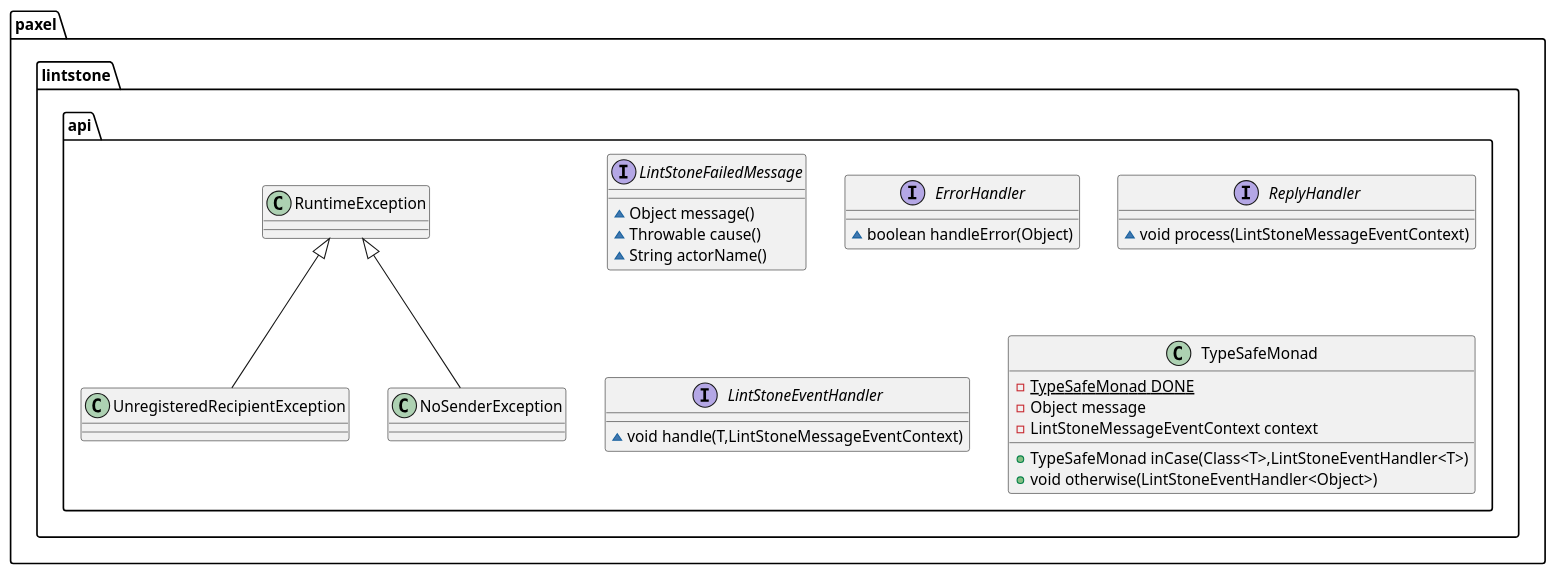
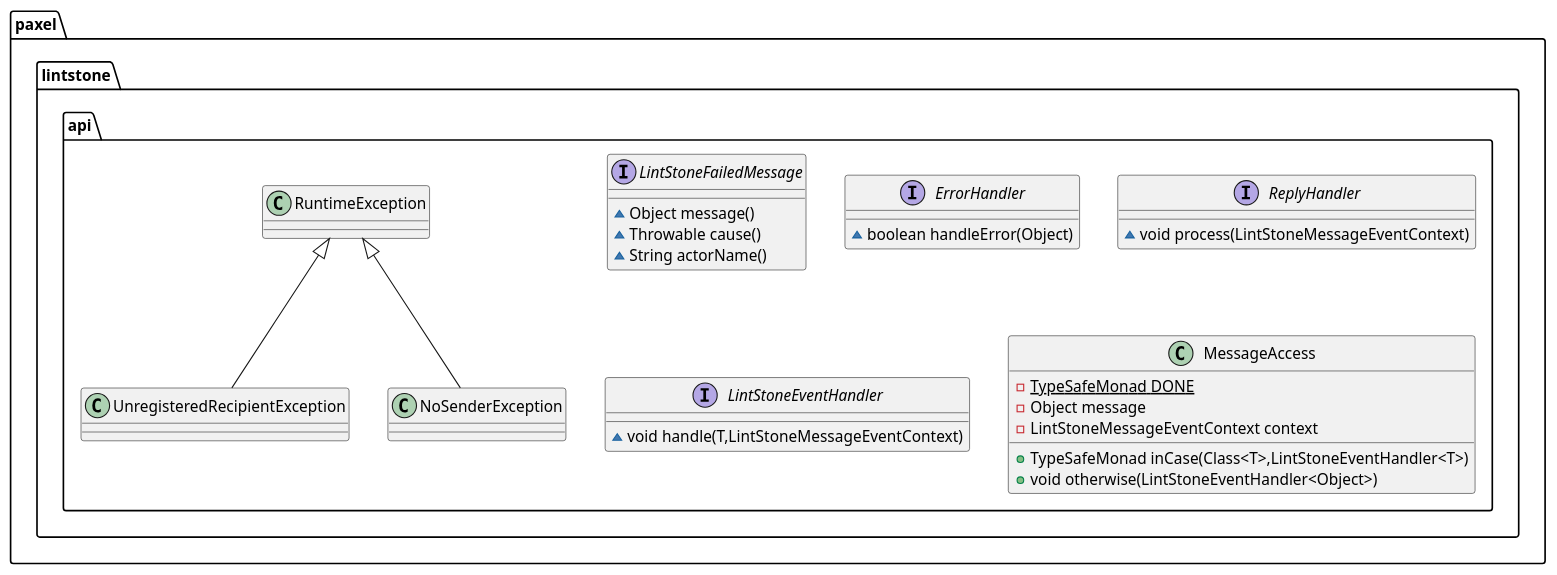
One commit to paxel/lintstone changed the fourth of 4 diagrams in src/main/asciidoc/description.adoc. Above: the diagram before and after it, drawn with PlantUML. The commit also changed 10 other files, not shown here.

```diff
--- a/src/main/asciidoc/description.adoc
+++ b/src/main/asciidoc/description.adoc
@@ -156,33 +156,33 @@
 [plantuml]
 ----
 interface paxel.lintstone.api.LintStoneFailedMessage {
 ~ Object message()
 ~ Throwable cause()
 ~ String actorName()
 }
 class paxel.lintstone.api.UnregisteredRecipientException {
 }
 class paxel.lintstone.api.NoSenderException {
 }
 
 interface paxel.lintstone.api.ErrorHandler {
 ~ boolean handleError(Object)
 }
 interface paxel.lintstone.api.ReplyHandler {
 ~ void process(LintStoneMessageEventContext)
 }
 
 interface paxel.lintstone.api.LintStoneEventHandler {
 ~ void handle(T,LintStoneMessageEventContext)
 }
-class paxel.lintstone.api.TypeSafeMonad {
+class paxel.lintstone.api.MessageAccess {
 - {static} TypeSafeMonad DONE
 - Object message
 - LintStoneMessageEventContext context
 + TypeSafeMonad inCase(Class<T>,LintStoneEventHandler<T>)
 + void otherwise(LintStoneEventHandler<Object>)
 }
 
 paxel.lintstone.api.RuntimeException <|-- paxel.lintstone.api.UnregisteredRecipientException
 paxel.lintstone.api.RuntimeException <|-- paxel.lintstone.api.NoSenderException
 ----
```
